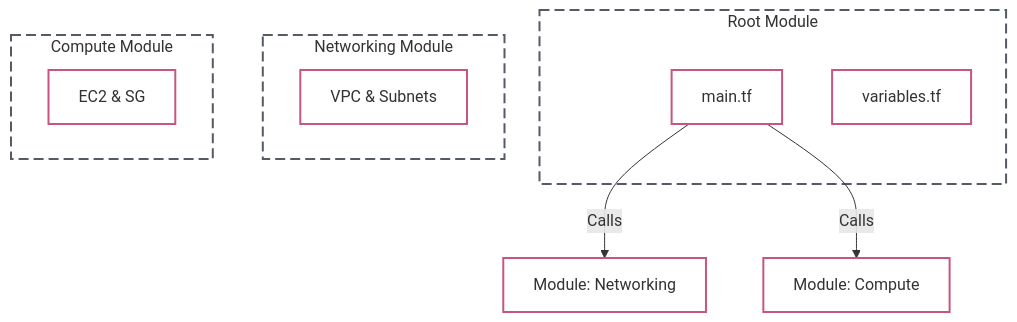
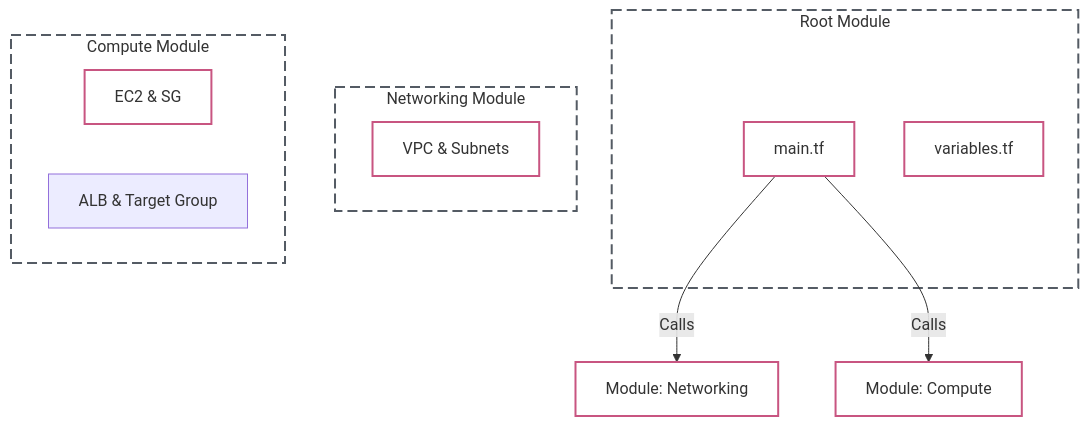
Before and after one commit to luhur-acn/intern-labs: the diagram in labs/09-Terraform_Modules.md, drawn with Mermaid. The commit also changed other lines of this file and 2 other files, not shown here.

Commit message:
feat: add detailed AWS infrastructure diagrams, expand resource definitions to include EC2 and ALBs, and enhance remote state examples for cross-stack data sharing and EC2 import.

````diff
--- a/labs/09-Terraform_Modules.md
+++ b/labs/09-Terraform_Modules.md
@@ -17,27 +17,28 @@
 ```mermaid
 graph TD
     %% Styling (AWS Standards)
     classDef terraform fill:none,stroke:#c85581,stroke-width:2px;
     classDef module fill:none,stroke:#545b64,stroke-width:2px,stroke-dasharray: 10 5;
     classDef external fill:none,stroke:#545b64,stroke-width:1px;
 
     subgraph Root ["Root Module"]
         Main[main.tf]
         Vars[variables.tf]
     end
     
     Main -- "Calls" --> VPC_Mod[Module: Networking]
     Main -- "Calls" --> EC2_Mod[Module: Compute]
     
     subgraph NetMod ["Networking Module"]
         VPC_Code[VPC & Subnets]
     end
     
     subgraph CompMod ["Compute Module"]
         EC2_Code[EC2 & SG]
+        ELB_Code[ALB & Target Group]
     end
 
     %% Assign Classes
     class Root,NetMod,CompMod module;
     class Main,Vars,VPC_Mod,EC2_Mod,VPC_Code,EC2_Code terraform;
 ```
````
